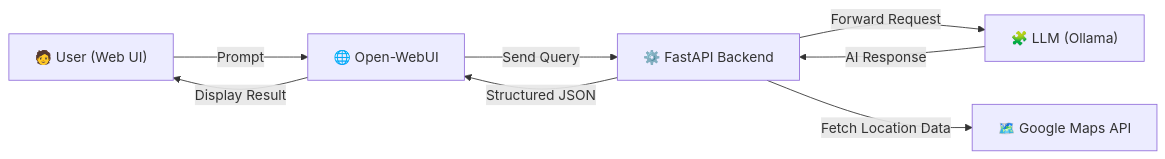
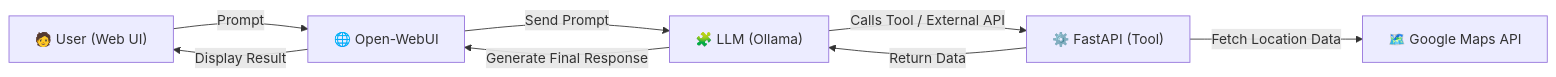
Before and after one commit to bayuadam13/heypico-test-AI: the diagram in README.md, drawn with Mermaid. The commit also changed other lines of this file, not shown here.

````diff
--- a/README.md
+++ b/README.md
@@ -99,10 +105,10 @@
 ```mermaid
 flowchart LR
     User["🧑 User (Web UI)"] -->|Prompt| WebUI["🌐 Open-WebUI"]
-    WebUI -->|Send Query| FastAPI["⚙️ FastAPI Backend"]
-    FastAPI -->|Forward Request| Ollama["🧩 LLM (Ollama)"]
+    WebUI -->|Send Prompt| Ollama["🧩 LLM (Ollama)"]
+    Ollama -->|Calls Tool / External API| FastAPI["⚙️ FastAPI (Tool)"]
     FastAPI -->|Fetch Location Data| Google["🗺️ Google Maps API"]
-    Ollama -->|AI Response| FastAPI
-    FastAPI -->|Structured JSON| WebUI
+    FastAPI -->|Return Data| Ollama
+    Ollama -->|Generate Final Response| WebUI
     WebUI -->|Display Result| User
 ```
````
